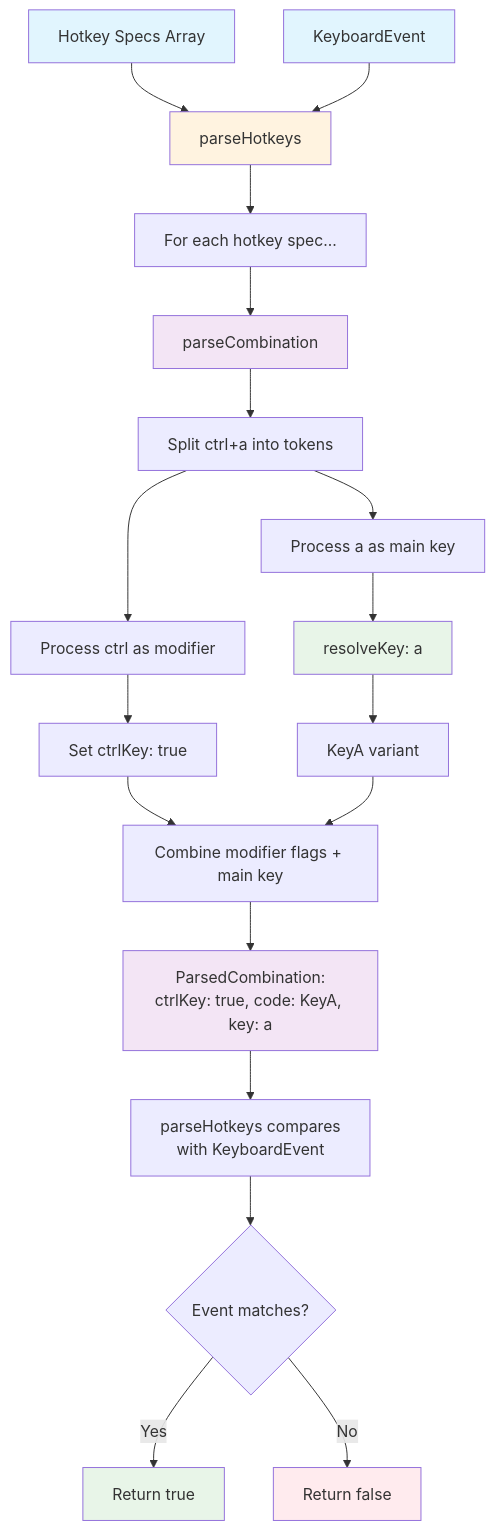
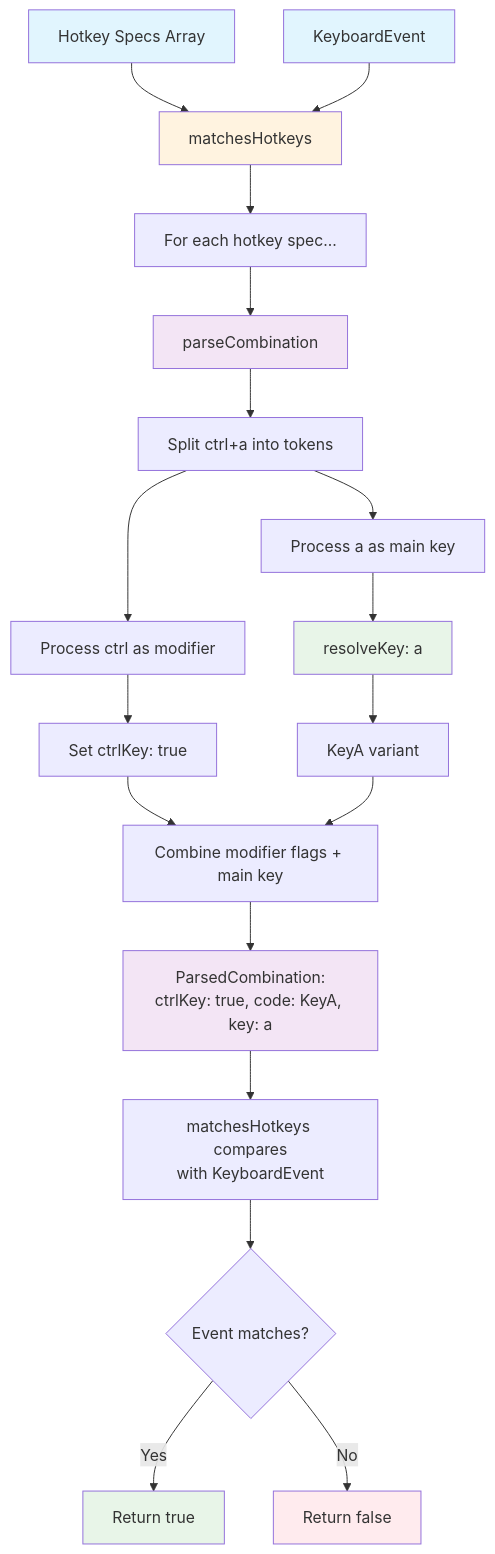
Before and after one commit to Sec-ant/matches-hotkeys: the diagram in README.md, drawn with Mermaid. The commit also changed other lines of this file and 4 other files, not shown here.

Commit message:
refactor: change name to matches hotkeys

````diff
--- a/README.md
+++ b/README.md
@@ -53,43 +53,43 @@
 ```mermaid
 graph TD
     %% Input Layer
-    A[Hotkey Specs Array] --> B[parseHotkeys]
+    A[Hotkey Specs Array] --> B[matchesHotkeys]
     A1[KeyboardEvent] --> B
 
-    %% Top Layer: parseHotkeys
+    %% Top Layer: matchesHotkeys
     B --> C[For each hotkey spec...]
     C --> D[parseCombination]
 
     %% Middle Layer: parseCombination
     D --> E[Split ctrl+a into tokens]
     E --> F[Process ctrl as modifier]
     E --> G[Process a as main key]
 
     %% Modifier processing
     F --> H[Set ctrlKey: true]
 
     %% Main key processing
     G --> I[resolveKey: a]
     I --> J[KeyA variant]
 
     %% Assembly
     H --> K[Combine modifier flags + main key]
     J --> K
     K --> L[ParsedCombination:<br/>ctrlKey: true, code: KeyA, key: a]
 
-    %% Return to parseHotkeys
-    L --> M[parseHotkeys compares<br/>with KeyboardEvent]
+    %% Return to matchesHotkeys
+    L --> M[matchesHotkeys compares<br/>with KeyboardEvent]
     M --> N{Event matches?}
     N -->|Yes| O[Return true]
     N -->|No| P[Return false]
 
     %% Styling
     style A fill:#e1f5fe
     style A1 fill:#e1f5fe
     style B fill:#fff3e0
     style D fill:#f3e5f5
     style I fill:#e8f5e8
     style L fill:#f3e5f5
     style O fill:#e8f5e8
     style P fill:#ffebee
 ```
````
